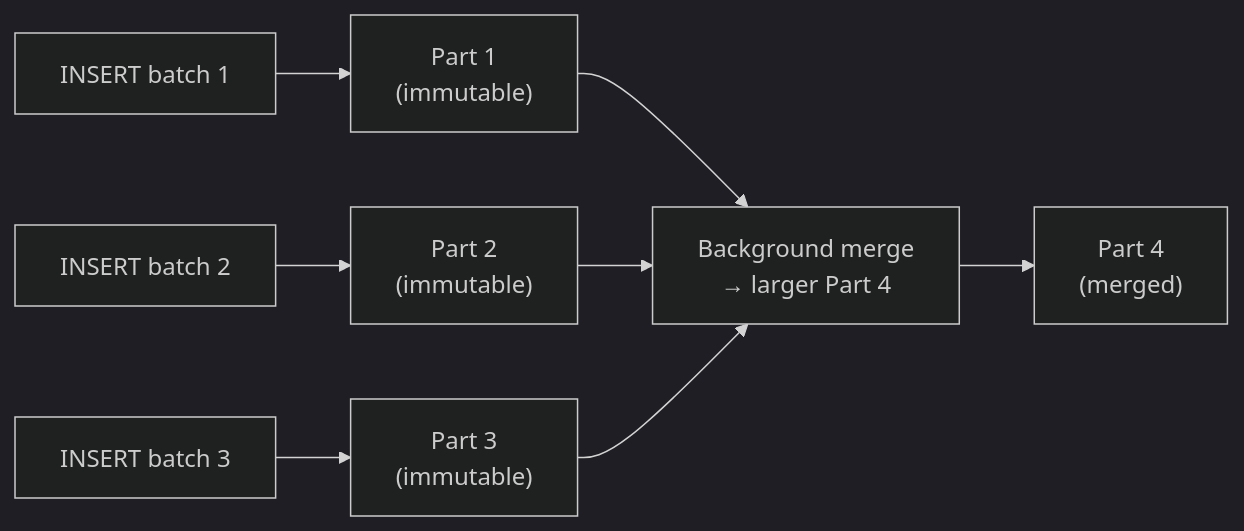
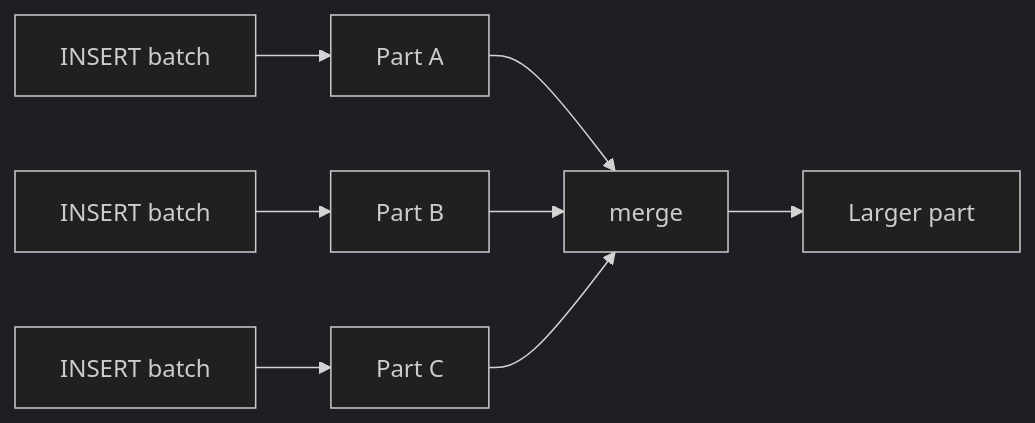
One commit to sanketn26/data-engineering changed the diagram in docs/olap/clickhouse.md. Above: the diagram before and after it, drawn with Mermaid (dark theme). The commit also changed other lines of this file and 107 other files, not shown here.

````diff
--- a/docs/olap/clickhouse.md
+++ b/docs/olap/clickhouse.md
@@ -95,10 +62,10 @@
 ```mermaid
-graph LR
-    I1["INSERT batch 1"] --> P1["Part 1\n(immutable)"]
-    I2["INSERT batch 2"] --> P2["Part 2\n(immutable)"]
-    I3["INSERT batch 3"] --> P3["Part 3\n(immutable)"]
-    P1 --> M["Background merge\n→ larger Part 4"]
+flowchart LR
+    I1[INSERT batch] --> P1[Part A]
+    I2[INSERT batch] --> P2[Part B]
+    I3[INSERT batch] --> P3[Part C]
+    P1 --> M[merge]
     P2 --> M
     P3 --> M
-    M --> P4["Part 4\n(merged)"]
+    M --> P4[Larger part]
 ```
````
